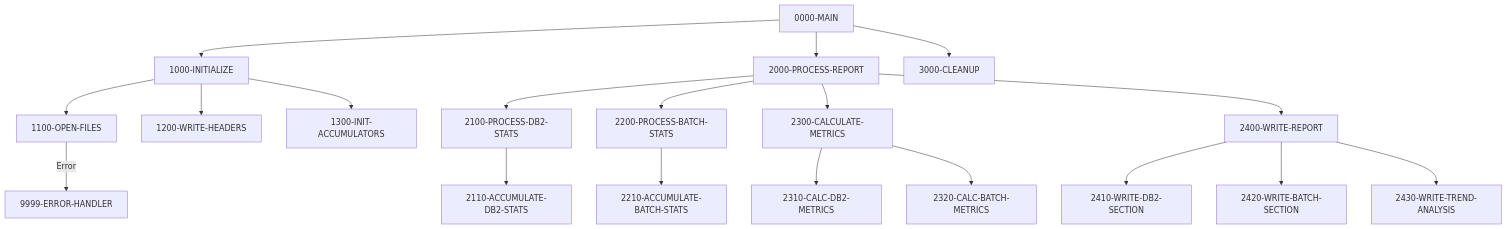
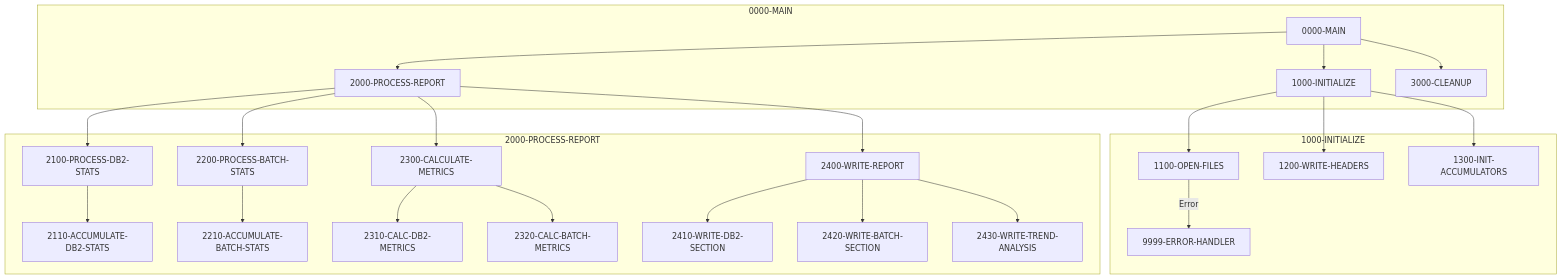
One commit to haladir-com/legacy-benchmark-docs-vb70e1 changed the diagram in docs/programs/RPTSTA00.mdx. Above: the diagram before and after it, drawn with Mermaid. The commit also changed other lines of this file and 64 other files, not shown here.

````diff
--- a/docs/programs/RPTSTA00.mdx
+++ b/docs/programs/RPTSTA00.mdx
@@ -20,27 +20,32 @@
 ```mermaid
 graph TD
-    A[0000-MAIN] --> B[1000-INITIALIZE]
-    A --> C[2000-PROCESS-REPORT]
-    A --> D[3000-CLEANUP]
+    subgraph "0000-MAIN"
+        MAIN[0000-MAIN] --> INIT[1000-INITIALIZE]
+        MAIN --> PROC[2000-PROCESS-REPORT]
+        MAIN --> CLEAN[3000-CLEANUP]
+    end
     
-    B --> B1[1100-OPEN-FILES]
-    B --> B2[1200-WRITE-HEADERS]
-    B --> B3[1300-INIT-ACCUMULATORS]
+    subgraph "1000-INITIALIZE"
+        INIT --> OPEN[1100-OPEN-FILES]
+        INIT --> HDR[1200-WRITE-HEADERS]
+        INIT --> ACC[1300-INIT-ACCUMULATORS]
+        OPEN --> |Error| ERR[9999-ERROR-HANDLER]
+    end
     
-    B1 -->|Error| E[9999-ERROR-HANDLER]
-    
-    C --> C1[2100-PROCESS-DB2-STATS]
-    C --> C2[2200-PROCESS-BATCH-STATS]
-    C --> C3[2300-CALCULATE-METRICS]
-    C --> C4[2400-WRITE-REPORT]
-    
-    C1 --> C1A[2110-ACCUMULATE-DB2-STATS]
-    C2 --> C2A[2210-ACCUMULATE-BATCH-STATS]
-    
-    C3 --> C3A[2310-CALC-DB2-METRICS]
-    C3 --> C3B[2320-CALC-BATCH-METRICS]
-    
-    C4 --> C4A[2410-WRITE-DB2-SECTION]
-    C4 --> C4B[2420-WRITE-BATCH-SECTION]
-    C4 --> C4C[2430-WRITE-TREND-ANALYSIS]
+    subgraph "2000-PROCESS-REPORT"
+        PROC --> DB2[2100-PROCESS-DB2-STATS]
+        PROC --> BCH[2200-PROCESS-BATCH-STATS]
+        PROC --> CALC[2300-CALCULATE-METRICS]
+        PROC --> WRITE[2400-WRITE-REPORT]
+        
+        DB2 --> DB2ACC[2110-ACCUMULATE-DB2-STATS]
+        BCH --> BCHACC[2210-ACCUMULATE-BATCH-STATS]
+        
+        CALC --> CALCDB2[2310-CALC-DB2-METRICS]
+        CALC --> CALCBCH[2320-CALC-BATCH-METRICS]
+        
+        WRITE --> WDB2[2410-WRITE-DB2-SECTION]
+        WRITE --> WBCH[2420-WRITE-BATCH-SECTION]
+        WRITE --> WTREND[2430-WRITE-TREND-ANALYSIS]
+    end
 ```
````
